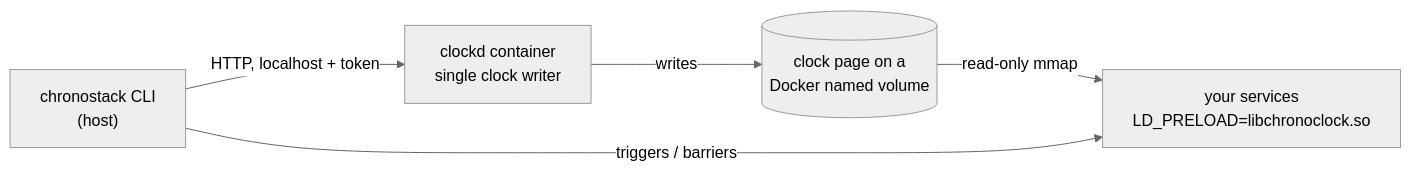
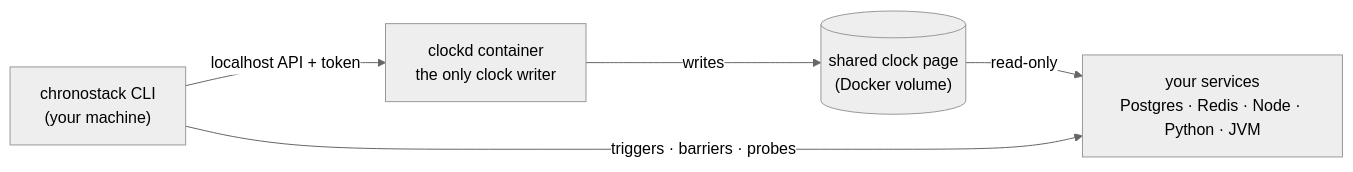
The diagram in README.md (Asmodeus14/ChronoStack), drawn with Mermaid (neutral theme) before and after one commit. The commit also changed other lines of this file and 10 other files, not shown here.

````diff
--- a/README.md
+++ b/README.md
@@ -145,7 +65,7 @@
 ```mermaid
 flowchart LR
-  CLI["chronostack CLI<br/>(host)"] -- HTTP, localhost + token --> CLOCKD["clockd container<br/>single clock writer"]
-  CLOCKD -- writes --> PAGE[("clock page on a<br/>Docker named volume")]
-  PAGE -- read-only mmap --> SVC["your services<br/>LD_PRELOAD=libchronoclock.so"]
-  CLI -- triggers / barriers --> SVC
+  CLI["chronostack CLI<br/>(your machine)"] -- "localhost API + token" --> CLOCKD["clockd container<br/>the only clock writer"]
+  CLOCKD -- writes --> PAGE[("shared clock page<br/>(Docker volume)")]
+  PAGE -- "read-only" --> SVC["your services<br/>Postgres · Redis · Node · Python · JVM"]
+  CLI -- "triggers · barriers · probes" --> SVC
 ```
````
